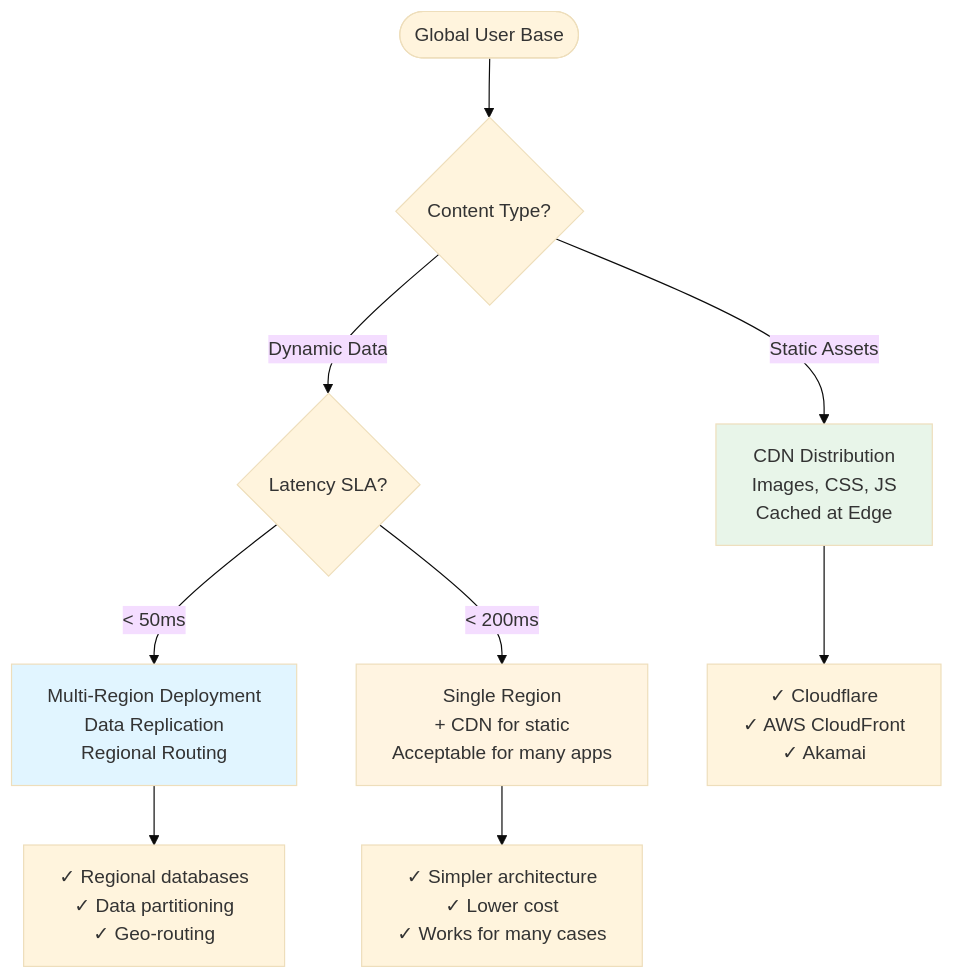
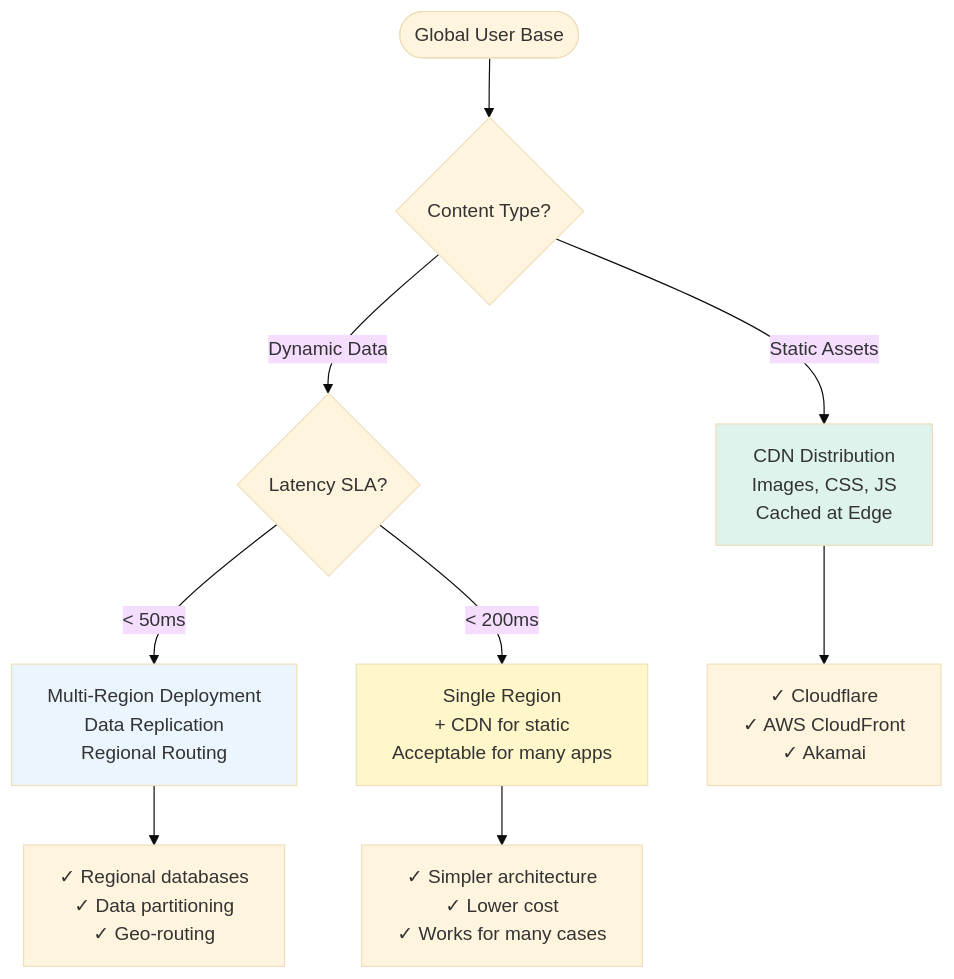
Before and after one commit to cartmancodes/InterviewVault: the tenth of 31 diagrams in LLD/CoreConcepts/Networking.md, drawn with Mermaid (base theme). The commit also changed other lines of this file and 679 other files, not shown here.

Commit message:
Unify content diagrams and add accessible visual walkthroughs

````diff
--- a/LLD/CoreConcepts/Networking.md
+++ b/LLD/CoreConcepts/Networking.md
@@ -376,20 +376,20 @@
 ```mermaid
 graph TB
     Start([Global User Base])
     
     Start --> Q1{Content Type?}
     
     Q1 -->|Static Assets| CDN[CDN Distribution<br/>Images, CSS, JS<br/>Cached at Edge]
     Q1 -->|Dynamic Data| Q2{Latency SLA?}
     
     Q2 -->|< 50ms| MULTI[Multi-Region Deployment<br/>Data Replication<br/>Regional Routing]
     Q2 -->|< 200ms| SINGLE[Single Region<br/>+ CDN for static<br/>Acceptable for many apps]
     
     CDN --> SOL1[✓ Cloudflare<br/>✓ AWS CloudFront<br/>✓ Akamai]
     MULTI --> SOL2[✓ Regional databases<br/>✓ Data partitioning<br/>✓ Geo-routing]
     SINGLE --> SOL3[✓ Simpler architecture<br/>✓ Lower cost<br/>✓ Works for many cases]
     
-    style CDN fill:#e8f5e9
-    style MULTI fill:#e1f5ff
-    style SINGLE fill:#fff4e1
+    style CDN fill:#DDF3EC
+    style MULTI fill:#EAF5FD
+    style SINGLE fill:#FFF6C9
 ```
````
